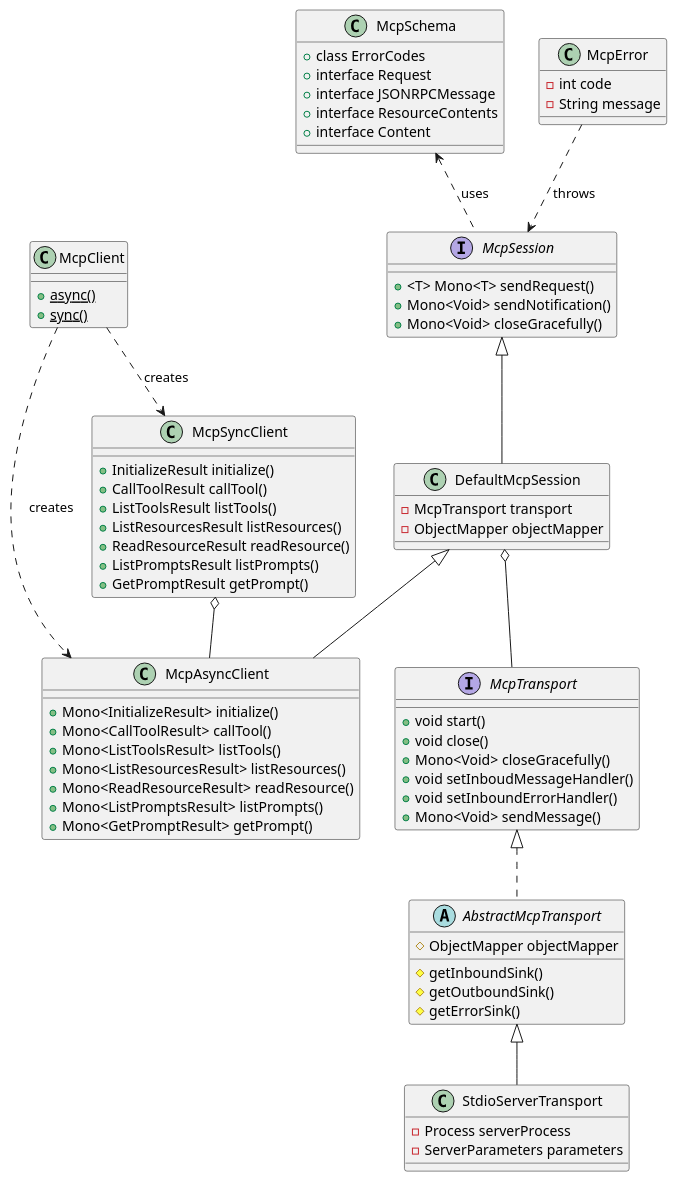
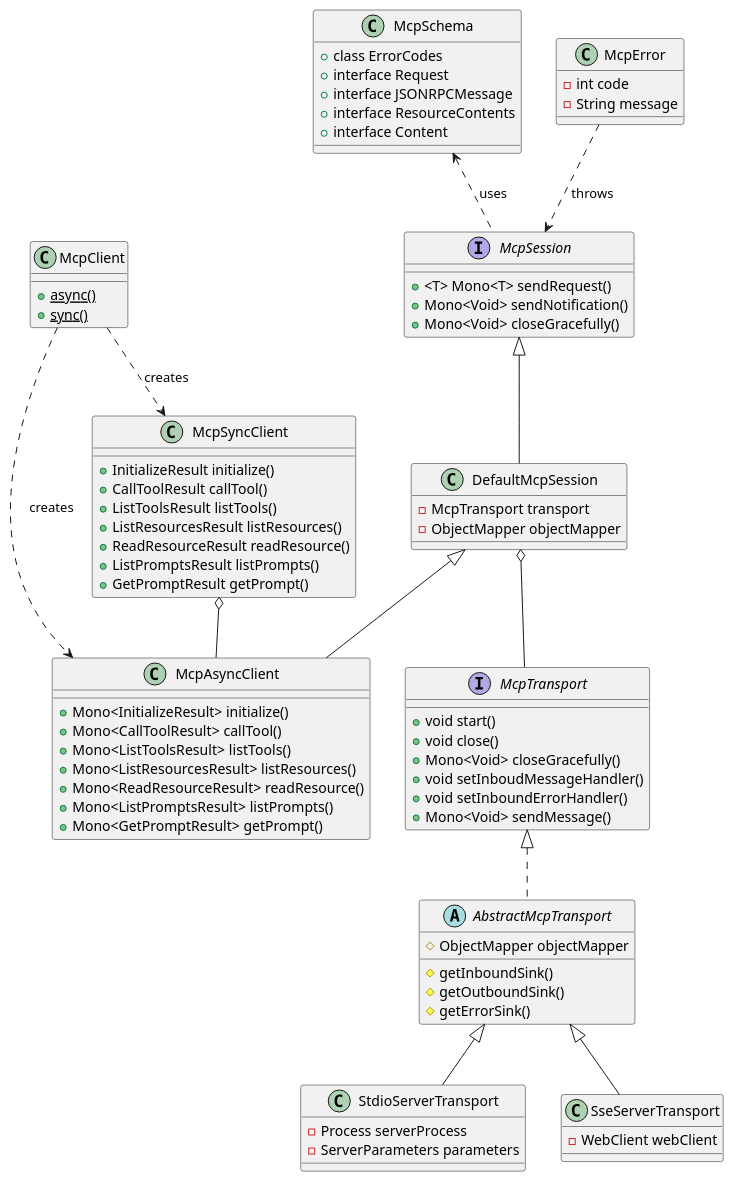
The first of 2 diagrams in spring-ai-mcp-core/docs/class-diagrams.puml (ziscloud/java-sdk), drawn with PlantUML before and after one commit. The commit also changed 24 other files, not shown here.

First line of the commit message:
feat: add SSE transport and improve documentation

```diff
--- a/spring-ai-mcp-core/docs/class-diagrams.puml
+++ b/spring-ai-mcp-core/docs/class-diagrams.puml
@@ -1,84 +1,89 @@
 @startuml Core Components
 
 interface McpTransport {
   +void start()
   +void close()
   +Mono<Void> closeGracefully()
   +void setInboudMessageHandler()
   +void setInboundErrorHandler()
   +Mono<Void> sendMessage()
 }
 
 abstract class AbstractMcpTransport {
   #ObjectMapper objectMapper
   #getInboundSink()
   #getOutboundSink()
   #getErrorSink()
 }
 
 interface McpSession {
   +<T> Mono<T> sendRequest()
   +Mono<Void> sendNotification()
   +Mono<Void> closeGracefully()
 }
 
 class DefaultMcpSession {
   -McpTransport transport
   -ObjectMapper objectMapper
 }
 
 class McpClient {
   +{static} async()
   +{static} sync()
 }
 
 class McpAsyncClient {
   +Mono<InitializeResult> initialize()
   +Mono<CallToolResult> callTool()
   +Mono<ListToolsResult> listTools()
   +Mono<ListResourcesResult> listResources()
   +Mono<ReadResourceResult> readResource()
   +Mono<ListPromptsResult> listPrompts()
   +Mono<GetPromptResult> getPrompt()
 }
 
 class McpSyncClient {
   +InitializeResult initialize()
   +CallToolResult callTool()
   +ListToolsResult listTools()
   +ListResourcesResult listResources()
   +ReadResourceResult readResource()
   +ListPromptsResult listPrompts()
   +GetPromptResult getPrompt()
 }
 
 class StdioServerTransport {
   -Process serverProcess
   -ServerParameters parameters
 }
 
+class SseServerTransport {
+  -WebClient webClient
+}
+
 class McpSchema {
   +class ErrorCodes
   +interface Request
   +interface JSONRPCMessage
   +interface ResourceContents
   +interface Content
 }
 
 class McpError {
   -int code
   -String message
 }
 
 McpTransport <|.. AbstractMcpTransport
 AbstractMcpTransport <|-- StdioServerTransport
+AbstractMcpTransport <|-- SseServerTransport
 McpSession <|-- DefaultMcpSession
 DefaultMcpSession <|-- McpAsyncClient
 McpClient ..> McpAsyncClient : creates
 McpClient ..> McpSyncClient : creates
 McpSyncClient o-- McpAsyncClient
 DefaultMcpSession o-- McpTransport
 McpSchema <.. McpSession : uses
 McpError ..> McpSession : throws
 
 @enduml
```
